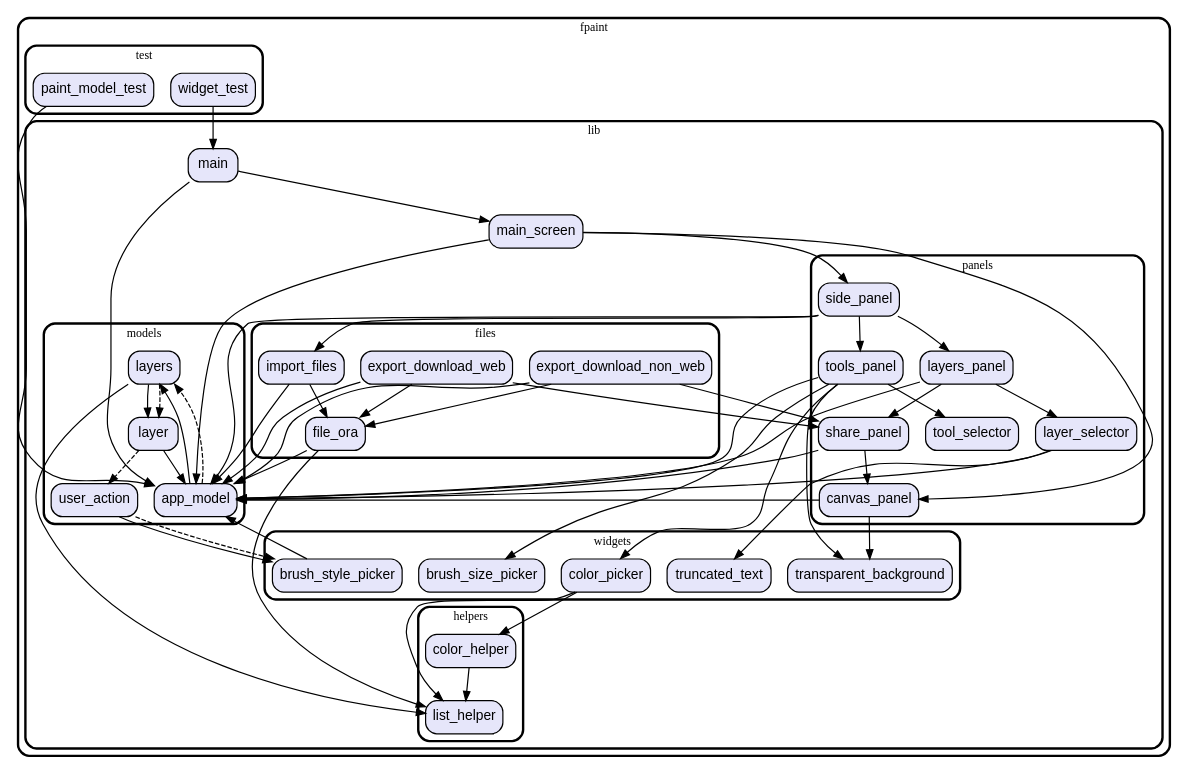
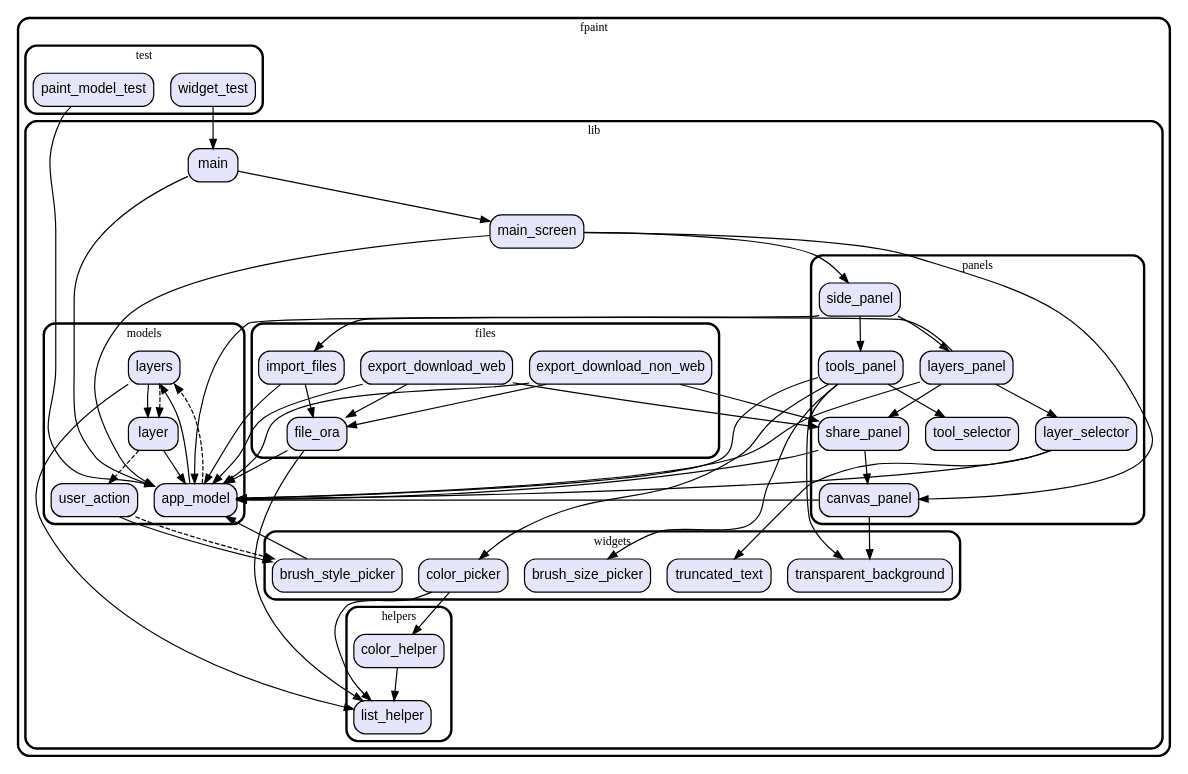
The diagram in graph.dot (vteam-com/fPaint), drawn with Graphviz before and after one commit. The commit also changed 6 other files, not shown here.

Commit message:
refactor LayersPanel to use AppModel

```diff
--- a/graph.dot
+++ b/graph.dot
@@ -1,129 +1,129 @@
 digraph "" {
   graph [style=rounded fontname="Arial Black" fontsize=13 penwidth=2.6];
   node [shape=rect style="filled,rounded" fontname=Arial fontsize=15 fillcolor=Lavender penwidth=1.3];
   edge [penwidth=1.3];
   "/test/paint_model_test.dart" [label="paint_model_test"];
   "/test/widget_test.dart" [label="widget_test"];
   "/lib/panels/tool_selector.dart" [label="tool_selector"];
   "/lib/panels/canvas_panel.dart" [label="canvas_panel"];
   "/lib/panels/layer_selector.dart" [label="layer_selector"];
   "/lib/panels/side_panel.dart" [label="side_panel"];
   "/lib/panels/share_panel.dart" [label="share_panel"];
   "/lib/panels/tools_panel.dart" [label="tools_panel"];
   "/lib/panels/layers_panel.dart" [label="layers_panel"];
   "/lib/models/layers.dart" [label="layers"];
   "/lib/models/user_action.dart" [label="user_action"];
   "/lib/models/app_model.dart" [label="app_model"];
   "/lib/models/layer.dart" [label="layer"];
   "/lib/main.dart" [label="main"];
   "/lib/files/export_download_web.dart" [label="export_download_web"];
   "/lib/files/file_ora.dart" [label="file_ora"];
   "/lib/files/export_download_non_web.dart" [label="export_download_non_web"];
   "/lib/files/import_files.dart" [label="import_files"];
   "/lib/main_screen.dart" [label="main_screen"];
   "/lib/helpers/list_helper.dart" [label="list_helper"];
   "/lib/helpers/color_helper.dart" [label="color_helper"];
   "/lib/widgets/truncated_text.dart" [label="truncated_text"];
   "/lib/widgets/brush_size_picker.dart" [label="brush_size_picker"];
   "/lib/widgets/transparent_background.dart" [label="transparent_background"];
   "/lib/widgets/brush_style_picker.dart" [label="brush_style_picker"];
   "/lib/widgets/color_picker.dart" [label="color_picker"];
   subgraph "cluster~" {
     label="fpaint";
     subgraph "cluster~/test" {
       label="test";
       "/test/paint_model_test.dart";
       "/test/widget_test.dart";
     }
     subgraph "cluster~/lib" {
       label="lib";
       "/lib/main.dart";
       "/lib/main_screen.dart";
       subgraph "cluster~/lib/panels" {
         label="panels";
         "/lib/panels/tool_selector.dart";
         "/lib/panels/canvas_panel.dart";
         "/lib/panels/layer_selector.dart";
         "/lib/panels/side_panel.dart";
         "/lib/panels/share_panel.dart";
         "/lib/panels/tools_panel.dart";
         "/lib/panels/layers_panel.dart";
       }
       subgraph "cluster~/lib/models" {
         label="models";
         "/lib/models/layers.dart";
         "/lib/models/user_action.dart";
         "/lib/models/app_model.dart";
         "/lib/models/layer.dart";
       }
       subgraph "cluster~/lib/files" {
         label="files";
         "/lib/files/export_download_web.dart";
         "/lib/files/file_ora.dart";
         "/lib/files/export_download_non_web.dart";
         "/lib/files/import_files.dart";
       }
       subgraph "cluster~/lib/helpers" {
         label="helpers";
         "/lib/helpers/list_helper.dart";
         "/lib/helpers/color_helper.dart";
       }
       subgraph "cluster~/lib/widgets" {
         label="widgets";
         "/lib/widgets/truncated_text.dart";
         "/lib/widgets/brush_size_picker.dart";
         "/lib/widgets/transparent_background.dart";
         "/lib/widgets/brush_style_picker.dart";
         "/lib/widgets/color_picker.dart";
       }
     }
   }
   "/test/paint_model_test.dart" -> "/lib/models/app_model.dart";
   "/test/widget_test.dart" -> "/lib/main.dart";
   "/lib/panels/canvas_panel.dart" -> "/lib/models/app_model.dart";
   "/lib/panels/canvas_panel.dart" -> "/lib/widgets/transparent_background.dart";
   "/lib/panels/layer_selector.dart" -> "/lib/models/app_model.dart";
   "/lib/panels/layer_selector.dart" -> "/lib/widgets/truncated_text.dart";
-  "/lib/panels/side_panel.dart" -> "/lib/files/import_files.dart";
   "/lib/panels/side_panel.dart" -> "/lib/models/app_model.dart";
   "/lib/panels/side_panel.dart" -> "/lib/panels/layers_panel.dart";
   "/lib/panels/side_panel.dart" -> "/lib/panels/tools_panel.dart";
   "/lib/panels/share_panel.dart" -> "/lib/models/app_model.dart";
   "/lib/panels/share_panel.dart" -> "/lib/panels/canvas_panel.dart";
   "/lib/panels/tools_panel.dart" -> "/lib/models/app_model.dart";
   "/lib/panels/tools_panel.dart" -> "/lib/panels/tool_selector.dart";
   "/lib/panels/tools_panel.dart" -> "/lib/widgets/brush_size_picker.dart";
   "/lib/panels/tools_panel.dart" -> "/lib/widgets/color_picker.dart";
   "/lib/panels/tools_panel.dart" -> "/lib/widgets/transparent_background.dart";
+  "/lib/panels/layers_panel.dart" -> "/lib/files/import_files.dart";
   "/lib/panels/layers_panel.dart" -> "/lib/models/app_model.dart";
   "/lib/panels/layers_panel.dart" -> "/lib/panels/layer_selector.dart";
   "/lib/panels/layers_panel.dart" -> "/lib/panels/share_panel.dart";
   "/lib/models/layers.dart" -> "/lib/helpers/list_helper.dart";
   "/lib/models/layers.dart" -> "/lib/models/layer.dart";
   "/lib/models/layers.dart" -> "/lib/models/layer.dart" [style=dashed];
   "/lib/models/user_action.dart" -> "/lib/widgets/brush_style_picker.dart";
   "/lib/models/user_action.dart" -> "/lib/widgets/brush_style_picker.dart" [style=dashed];
   "/lib/models/app_model.dart" -> "/lib/models/layers.dart";
   "/lib/models/app_model.dart" -> "/lib/models/layers.dart" [style=dashed];
   "/lib/models/layer.dart" -> "/lib/models/app_model.dart";
   "/lib/models/layer.dart" -> "/lib/models/user_action.dart" [style=dashed];
   "/lib/main.dart" -> "/lib/main_screen.dart";
   "/lib/main.dart" -> "/lib/models/app_model.dart";
   "/lib/files/export_download_web.dart" -> "/lib/files/file_ora.dart";
   "/lib/files/export_download_web.dart" -> "/lib/models/app_model.dart";
   "/lib/files/export_download_web.dart" -> "/lib/panels/share_panel.dart";
   "/lib/files/file_ora.dart" -> "/lib/helpers/list_helper.dart";
   "/lib/files/file_ora.dart" -> "/lib/models/app_model.dart";
   "/lib/files/export_download_non_web.dart" -> "/lib/files/file_ora.dart";
   "/lib/files/export_download_non_web.dart" -> "/lib/models/app_model.dart";
   "/lib/files/export_download_non_web.dart" -> "/lib/panels/share_panel.dart";
   "/lib/files/import_files.dart" -> "/lib/files/file_ora.dart";
   "/lib/files/import_files.dart" -> "/lib/models/app_model.dart";
   "/lib/main_screen.dart" -> "/lib/panels/canvas_panel.dart";
   "/lib/main_screen.dart" -> "/lib/panels/side_panel.dart";
   "/lib/main_screen.dart" -> "/lib/models/app_model.dart";
   "/lib/helpers/color_helper.dart" -> "/lib/helpers/list_helper.dart";
   "/lib/widgets/brush_style_picker.dart" -> "/lib/models/app_model.dart";
   "/lib/widgets/color_picker.dart" -> "/lib/helpers/color_helper.dart";
   "/lib/widgets/color_picker.dart" -> "/lib/helpers/list_helper.dart";
 }
```
